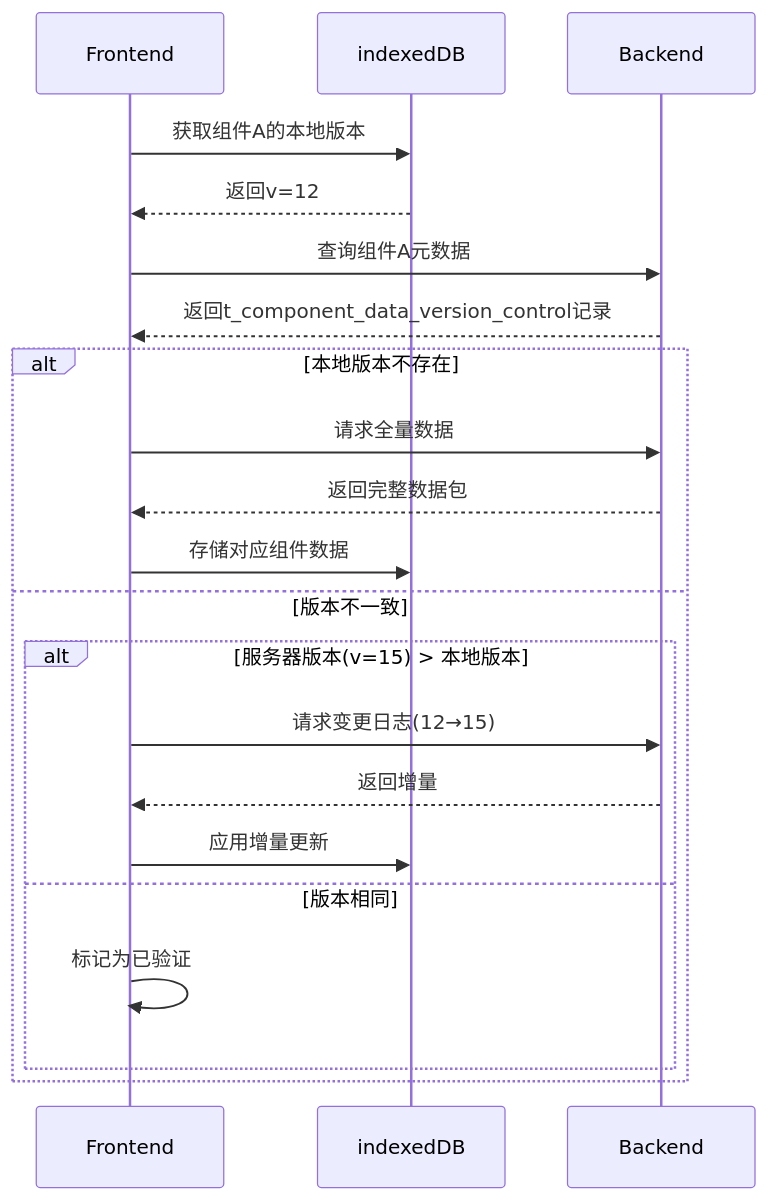
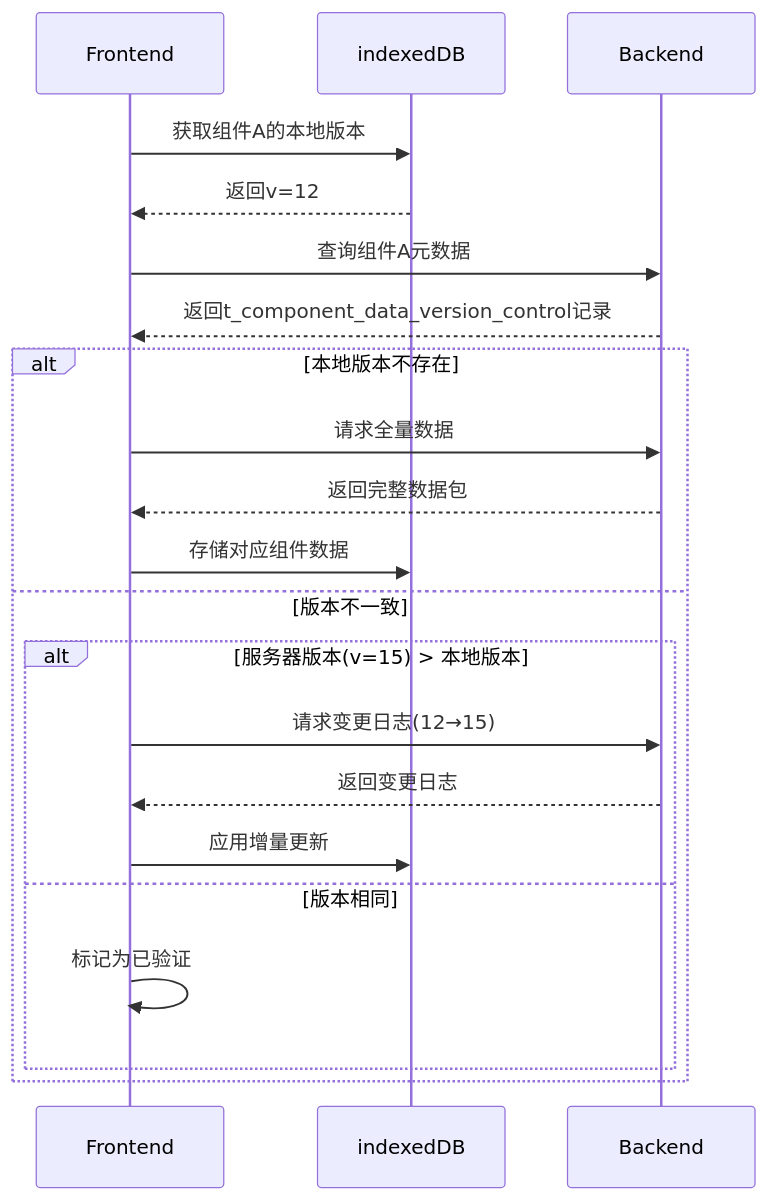
One commit to yingjianzh/iodraw-files changed the diagram in all/未命名-24.md. Above: the diagram before and after it, drawn with Mermaid.

Commit message:
2025-02-24 17:31:10 update

````diff
--- a/all/未命名-24.md
+++ b/all/未命名-24.md
@@ -1,26 +1,26 @@
 ```mermaid
 sequenceDiagram
     participant Frontend
     participant indexedDB
     participant Backend
 
     Frontend->>indexedDB: 获取组件A的本地版本
     indexedDB-->>Frontend: 返回v=12
     
     Frontend->>Backend: 查询组件A元数据
     Backend-->>Frontend: 返回t_component_data_version_control记录
     
     alt 本地版本不存在
         Frontend->>Backend: 请求全量数据
         Backend-->>Frontend: 返回完整数据包
         Frontend->>indexedDB: 存储对应组件数据
     else 版本不一致
         alt 服务器版本(v=15) > 本地版本
             Frontend->>Backend: 请求变更日志(12→15)
-            Backend-->>Frontend: 返回增量
+            Backend-->>Frontend: 返回变更日志
             Frontend->>indexedDB: 应用增量更新
         else 版本相同
             Frontend->>Frontend: 标记为已验证
         end
     end
 ```
````
